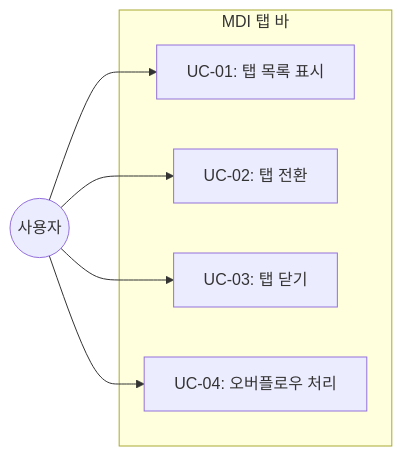
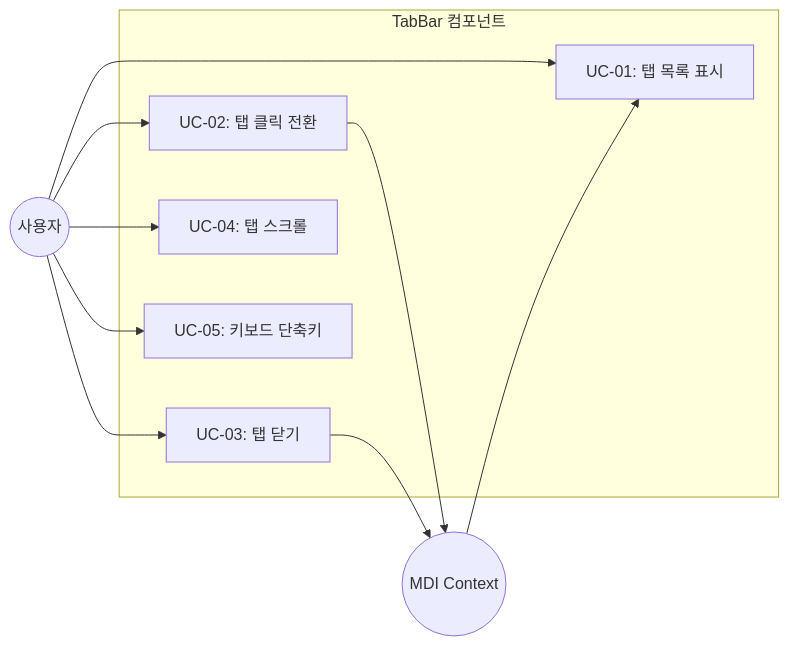
One commit to jongik-sv/mes-poc changed the first of 3 diagrams in .orchay/projects/mes-portal/tasks/TSK-02-02/010-design.md. Above: the diagram before and after it, drawn with Mermaid. The commit also changed other lines of this file and 8 other files, not shown here.

````diff
--- a/.orchay/projects/mes-portal/tasks/TSK-02-02/010-design.md
+++ b/.orchay/projects/mes-portal/tasks/TSK-02-02/010-design.md
@@ -89,14 +100,20 @@
 ```mermaid
 flowchart LR
-    subgraph MDI 탭 바
+    subgraph TabBar 컴포넌트
         UC01[UC-01: 탭 목록 표시]
-        UC02[UC-02: 탭 전환]
+        UC02[UC-02: 탭 클릭 전환]
         UC03[UC-03: 탭 닫기]
-        UC04[UC-04: 오버플로우 처리]
+        UC04[UC-04: 탭 스크롤]
+        UC05[UC-05: 키보드 단축키]
     end
 
     사용자((사용자)) --> UC01
     사용자 --> UC02
     사용자 --> UC03
     사용자 --> UC04
+    사용자 --> UC05
+
+    MDI컨텍스트((MDI Context)) --> UC01
+    UC02 --> MDI컨텍스트
+    UC03 --> MDI컨텍스트
 ```
````
